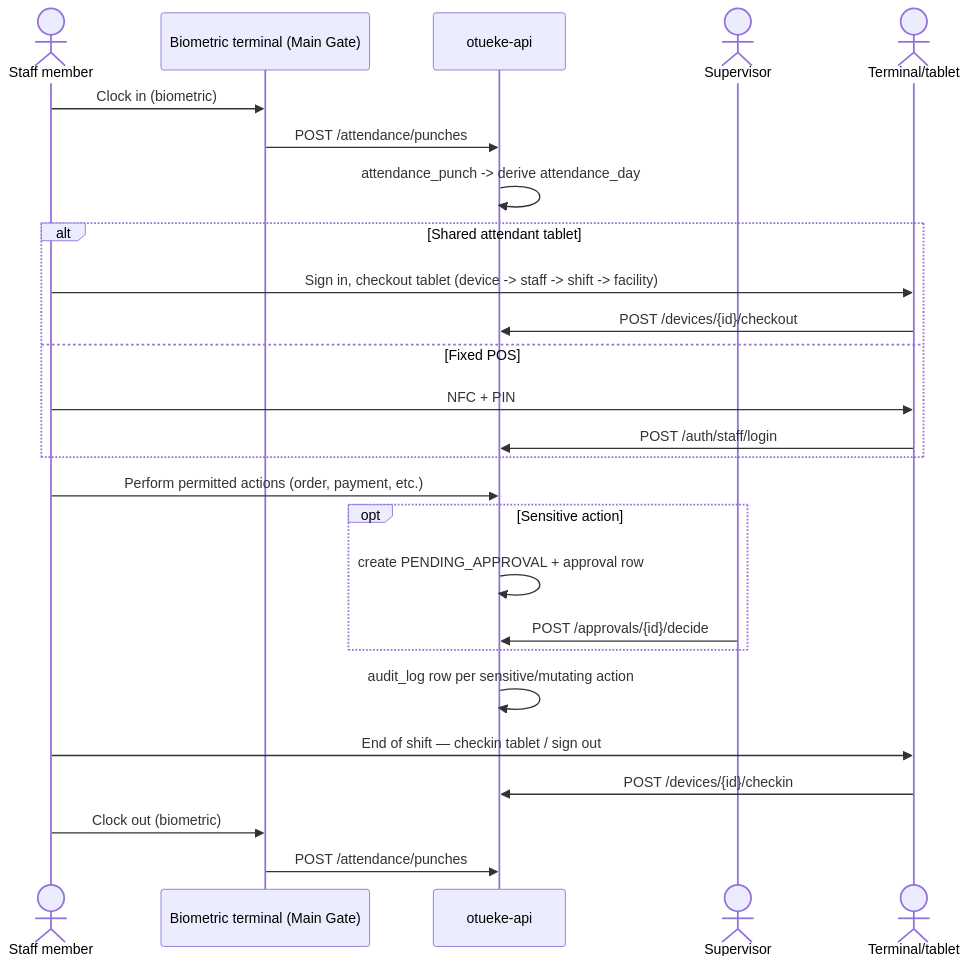
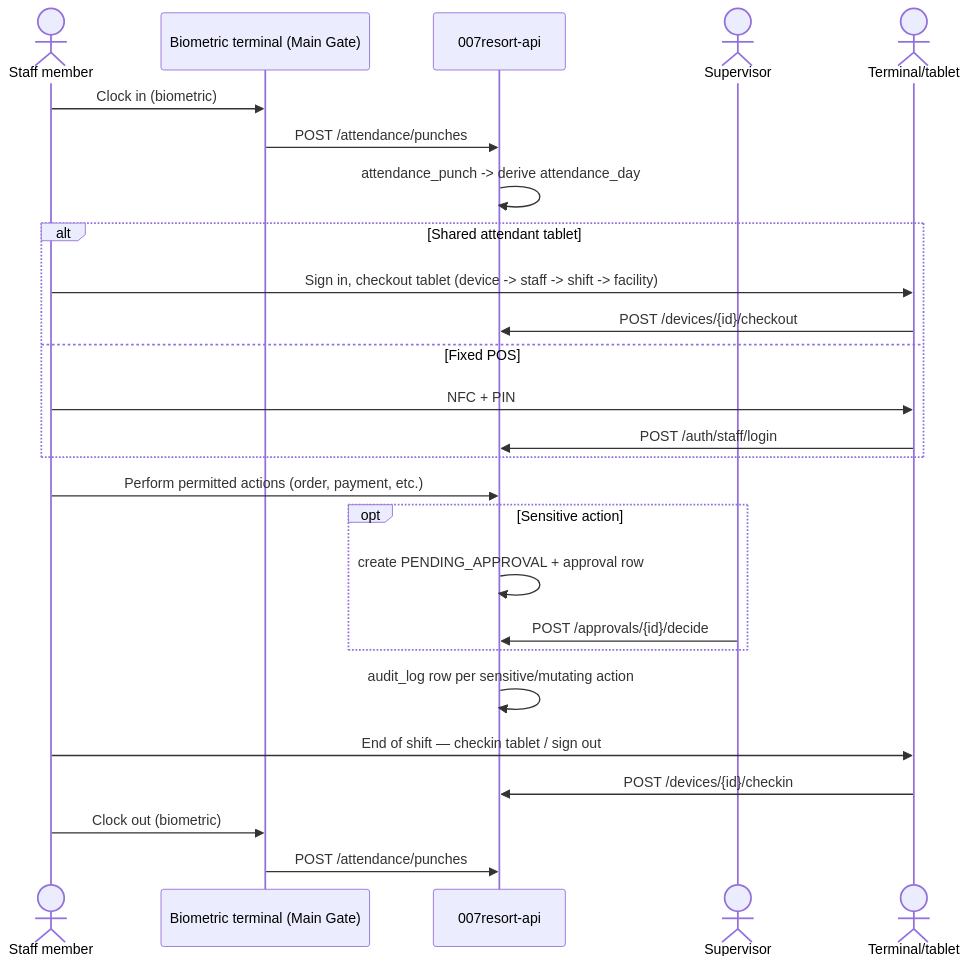
Before and after one commit to prinzderick/007resort-docs: the diagram in workflows/staff-and-attendance.md, drawn with Mermaid. The commit also changed 33 other files, not shown here.

First line of the commit message:
chore: rename project from Otueke to 007 Resort & Spa (R007)

````diff
--- a/workflows/staff-and-attendance.md
+++ b/workflows/staff-and-attendance.md
@@ -3,32 +3,32 @@
 ```mermaid
 sequenceDiagram
   actor St as Staff member
   participant Gate as Biometric terminal (Main Gate)
-  participant API as otueke-api
+  participant API as 007resort-api
   actor Sup as Supervisor
   actor Dev as Terminal/tablet
 
   St->>Gate: Clock in (biometric)
   Gate->>API: POST /attendance/punches
   API->>API: attendance_punch -> derive attendance_day
 
   alt Shared attendant tablet
     St->>Dev: Sign in, checkout tablet (device -> staff -> shift -> facility)
     Dev->>API: POST /devices/{id}/checkout
   else Fixed POS
     St->>Dev: NFC + PIN
     Dev->>API: POST /auth/staff/login
   end
 
   St->>API: Perform permitted actions (order, payment, etc.)
   opt Sensitive action
     API->>API: create PENDING_APPROVAL + approval row
     Sup->>API: POST /approvals/{id}/decide
   end
   API->>API: audit_log row per sensitive/mutating action
 
   St->>Dev: End of shift — checkin tablet / sign out
   Dev->>API: POST /devices/{id}/checkin
   St->>Gate: Clock out (biometric)
   Gate->>API: POST /attendance/punches
 ```
````
